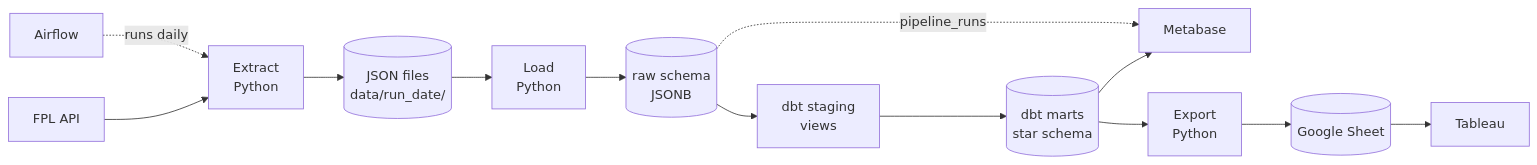
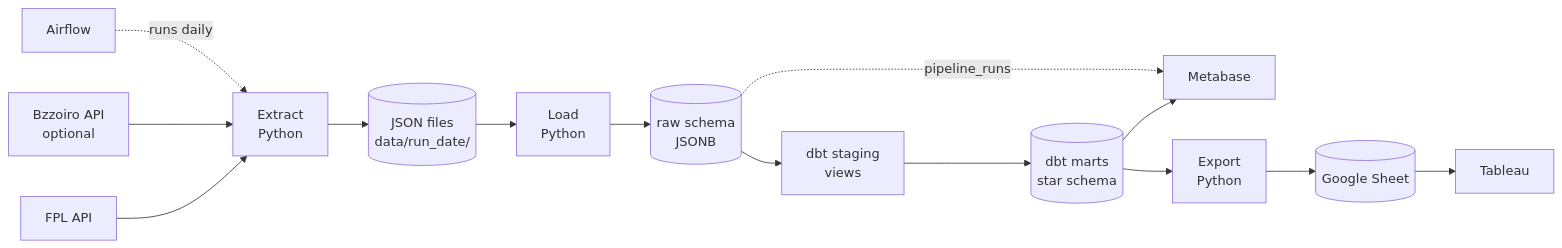
One commit to yutsz1203/fpl-data-pipeline changed the first of 4 diagrams in README.md. Above: the diagram before and after it, drawn with Mermaid. The commit also changed other lines of this file and 1 other file, not shown here.

First line of the commit message:
docs: document the Bzzoiro source, new marts and MCP tools

````diff
--- a/README.md
+++ b/README.md
@@ -23,13 +24,14 @@
 ```mermaid
 flowchart LR
     api[FPL API] --> extract[Extract<br/>Python]
+    bzz[Bzzoiro API<br/>optional] --> extract
     extract --> files[(JSON files<br/>data/run_date/)]
     files --> load[Load<br/>Python]
     load --> raw[(raw schema<br/>JSONB)]
     raw --> staging[dbt staging<br/>views]
     staging --> marts[(dbt marts<br/>star schema)]
     marts --> metabase[Metabase]
     marts --> export[Export<br/>Python] --> sheet[(Google Sheet)] --> tableau[Tableau]
     raw -. pipeline_runs .-> metabase
     airflow[Airflow] -. runs daily .-> extract
 ```
````
